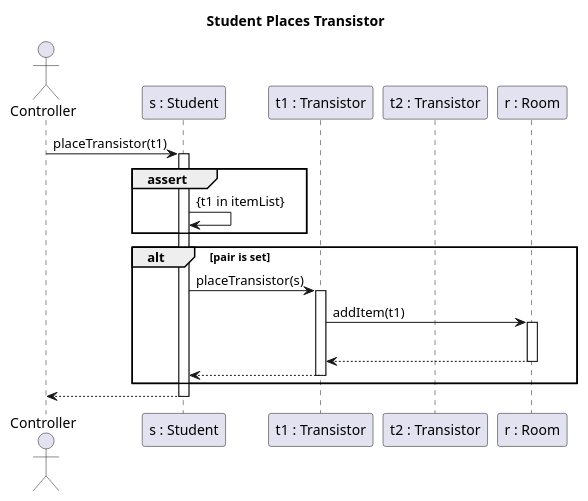
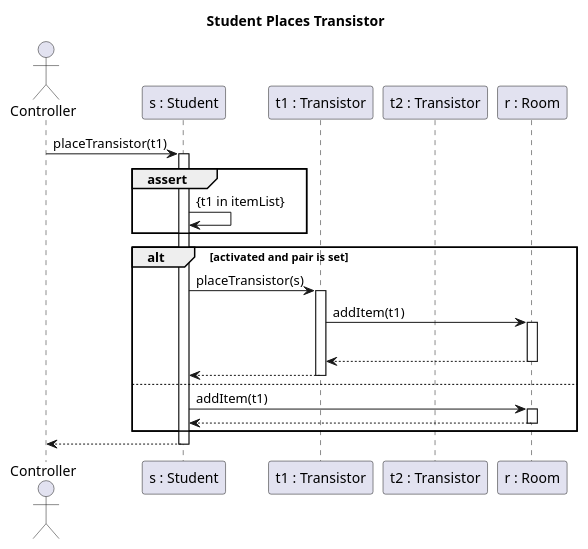
Before and after one commit to MBakter/echo: the diagram in docs/transistor/place_transistor.plantuml, drawn with PlantUML. The commit also changed 3 other files, not shown here.

```diff
--- a/docs/transistor/place_transistor.plantuml
+++ b/docs/transistor/place_transistor.plantuml
@@ -1,46 +1,53 @@
 @startuml
 title Student Places Transistor
 
 actor Controller as c order 10
 participant "t1 : Transistor" as Transistor order 30
 participant "s : Student" as Student order 20
 participant "t2 : Transistor" as Transistor2 order 40
 participant "r : Room" as Room order 50
 
 c -> Student : placeTransistor(t1)
 activate Student
 
     group assert
         Student -> Student : {t1 in itemList}
     end
 
-    alt pair is set
+    alt activated and pair is set
 
         Student -> Transistor : placeTransistor(s)
         activate Transistor
             
 
                 Transistor -> Room: addItem(t1)
 
                     activate Room
                         ' Room -> Room: Move(s)
 
                     |||
                     Transistor <-- Room
                     deactivate Room
 
 
             
 
             Student <-- Transistor
         deactivate Transistor
+    else
+
+        Student -> Room : addItem(t1)
+        activate Room
+            Student <-- Room 
+        deactivate Room
+
     end
 
 
     c <-- Student 
 deactivate Student
 
 
 
 
 @enduml
```
